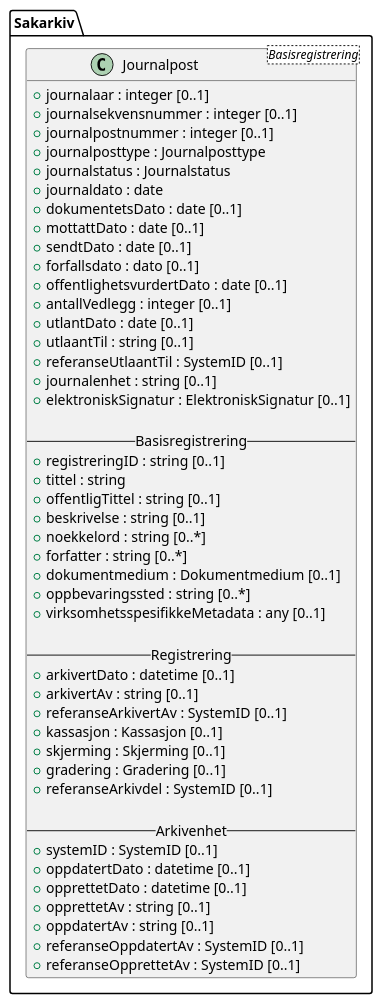
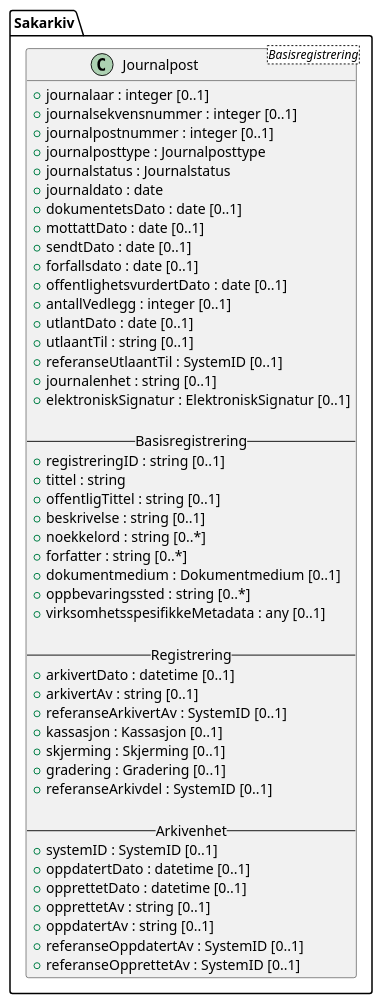
The diagram in kapitler/media/uml-class-journalpost-all.iuml (arkivverket/noark5-tjenestegrensesnitt-standard), drawn with PlantUML before and after one commit. The commit also changed 1 other file, not shown here.

Commit message:
Korriger to skrivefeil i UML-diagrammer
Bytter dato->date og systemID->SystemID.

```diff
--- a/kapitler/media/uml-class-journalpost-all.iuml
+++ b/kapitler/media/uml-class-journalpost-all.iuml
@@ -1,50 +1,50 @@
 @startuml
 class Sakarkiv.Journalpost <Basisregistrering> {
   +journalaar : integer [0..1]
   +journalsekvensnummer : integer [0..1]
   +journalpostnummer : integer [0..1]
   +journalposttype : Journalposttype
   +journalstatus : Journalstatus
   +journaldato : date
   +dokumentetsDato : date [0..1]
   +mottattDato : date [0..1]
   +sendtDato : date [0..1]
-  +forfallsdato : dato [0..1]
+  +forfallsdato : date [0..1]
   +offentlighetsvurdertDato : date [0..1]
   +antallVedlegg : integer [0..1]
   +utlantDato : date [0..1]
   +utlaantTil : string [0..1]
   +referanseUtlaantTil : SystemID [0..1]
   +journalenhet : string [0..1]
   +elektroniskSignatur : ElektroniskSignatur [0..1]
 
   -- Basisregistrering --
   +registreringID : string [0..1]
   +tittel : string
   +offentligTittel : string [0..1]
   +beskrivelse : string [0..1]
   +noekkelord : string [0..*]
   +forfatter : string [0..*]
   +dokumentmedium : Dokumentmedium [0..1]
   +oppbevaringssted : string [0..*]
   +virksomhetsspesifikkeMetadata : any [0..1]
 
   -- Registrering --
   +arkivertDato : datetime [0..1]
   +arkivertAv : string [0..1]
   +referanseArkivertAv : SystemID [0..1]
   +kassasjon : Kassasjon [0..1]
   +skjerming : Skjerming [0..1]
   +gradering : Gradering [0..1]
   +referanseArkivdel : SystemID [0..1]
 
   -- Arkivenhet --
   +systemID : SystemID [0..1]
   +oppdatertDato : datetime [0..1]
   +opprettetDato : datetime [0..1]
   +opprettetAv : string [0..1]
   +oppdatertAv : string [0..1]
   +referanseOppdatertAv : SystemID [0..1]
   +referanseOpprettetAv : SystemID [0..1]
 }
 @enduml
```
